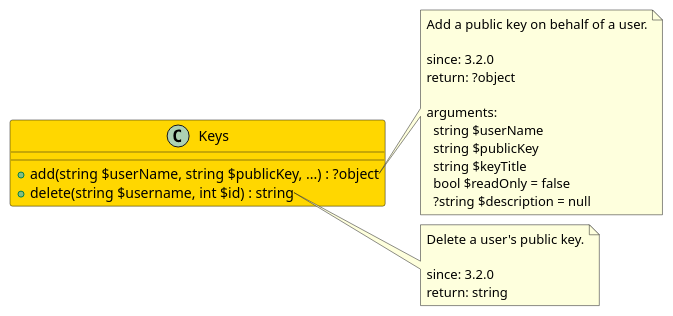
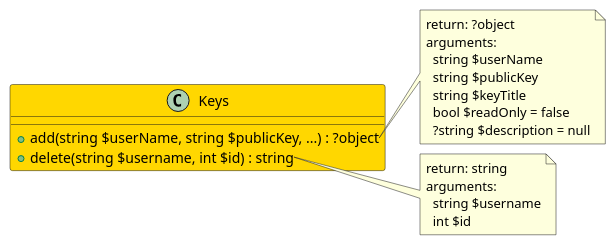
The diagram in src/2d29b342-cb4a-45f9-9cf1-a7347fbc0701/README.md (joomengine/gitea), drawn with PlantUML before and after one commit. The commit also changed 370 other files, not shown here.

````diff
--- a/src/2d29b342-cb4a-45f9-9cf1-a7347fbc0701/README.md
+++ b/src/2d29b342-cb4a-45f9-9cf1-a7347fbc0701/README.md
@@ -6,31 +6,27 @@
 ```uml
 @startuml
 
-class Keys  #Gold {
+class Keys #Gold {
   + add(string $userName, string $publicKey, ...) : ?object
   + delete(string $username, int $id) : string
 }
 
 note right of Keys::add
-  Add a public key on behalf of a user.
-
-  since: 3.2.0
   return: ?object
-  
   arguments:
     string $userName
     string $publicKey
     string $keyTitle
     bool $readOnly = false
     ?string $description = null
 end note
 
 note right of Keys::delete
-  Delete a user's public key.
-
-  since: 3.2.0
   return: string
+  arguments:
+    string $username
+    int $id
 end note
 
 @enduml
 ```
````
